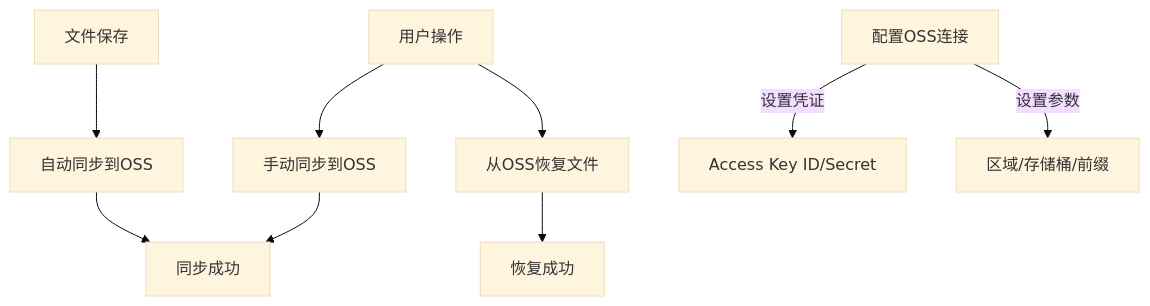
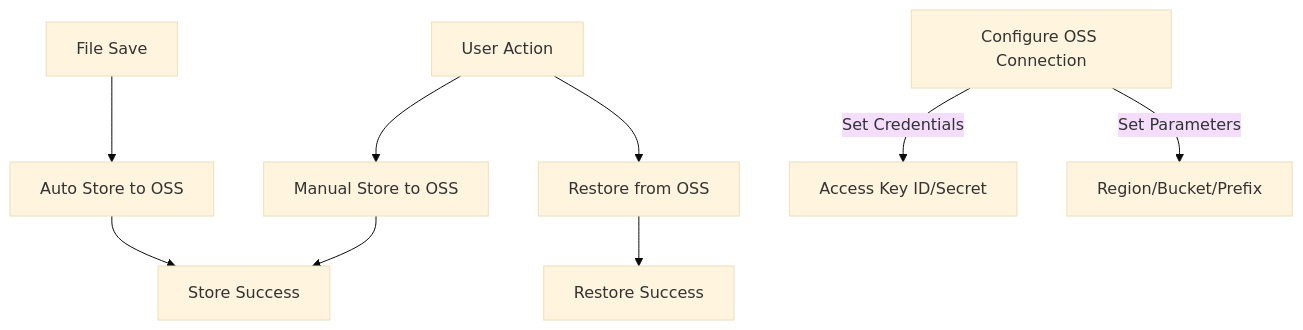
The diagram in README.md (tangxinyao/obsidian-aliyun-sync), drawn with Mermaid (base theme) before and after one commit. The commit also changed other lines of this file and 1 other file, not shown here.

Commit message:
chore: englishify README.md

````diff
--- a/README.md
+++ b/README.md
@@ -3,11 +5,11 @@
 ```mermaid
 flowchart TD
-    A[用户操作] --> B[手动同步到OSS]
-    A --> C[从OSS恢复文件]
-    D[文件保存] --> E[自动同步到OSS]
-    F[配置OSS连接] -->|设置凭证| G[Access Key ID/Secret]
-    F -->|设置参数| H[区域/存储桶/前缀]
-    B --> I[同步成功]
-    C --> J[恢复成功]
+    A[User Action] --> B[Manual Store to OSS]
+    A --> C[Restore from OSS]
+    D[File Save] --> E[Auto Store to OSS]
+    F[Configure OSS Connection] -->|Set Credentials| G[Access Key ID/Secret]
+    F -->|Set Parameters| H[Region/Bucket/Prefix]
+    B --> I[Store Success]
+    C --> J[Restore Success]
     E --> I
 ```
````
